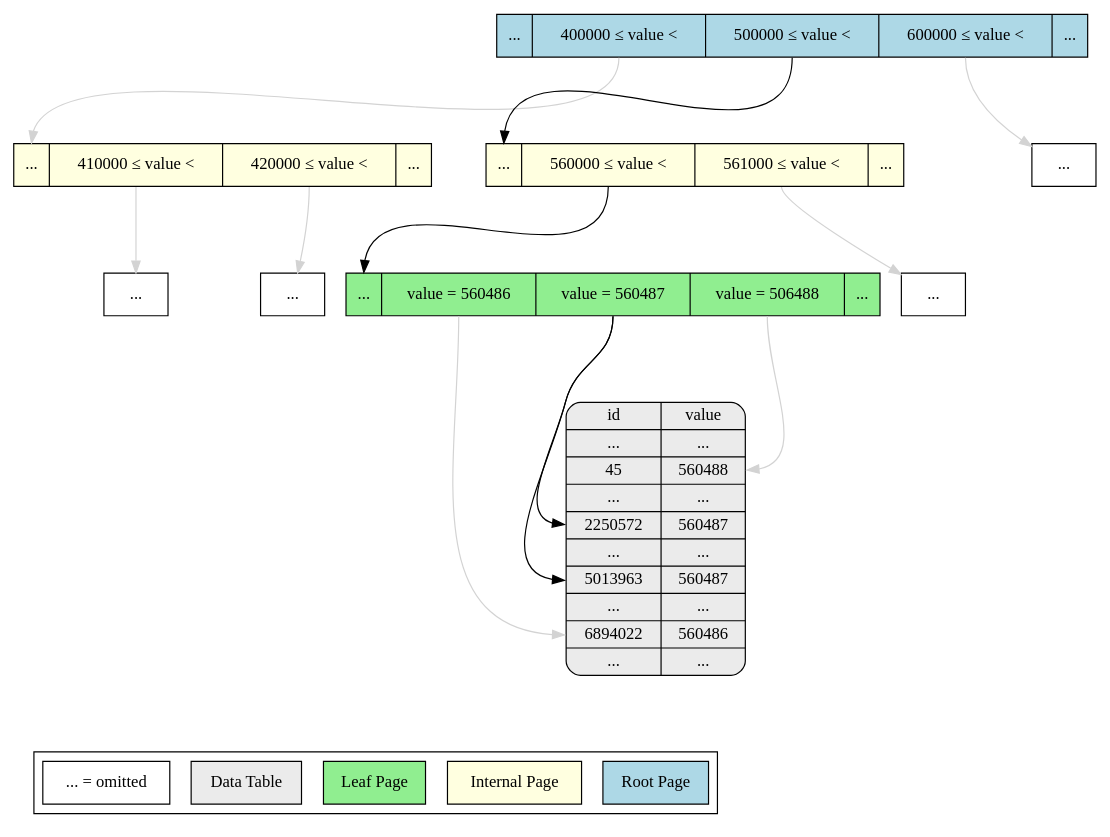
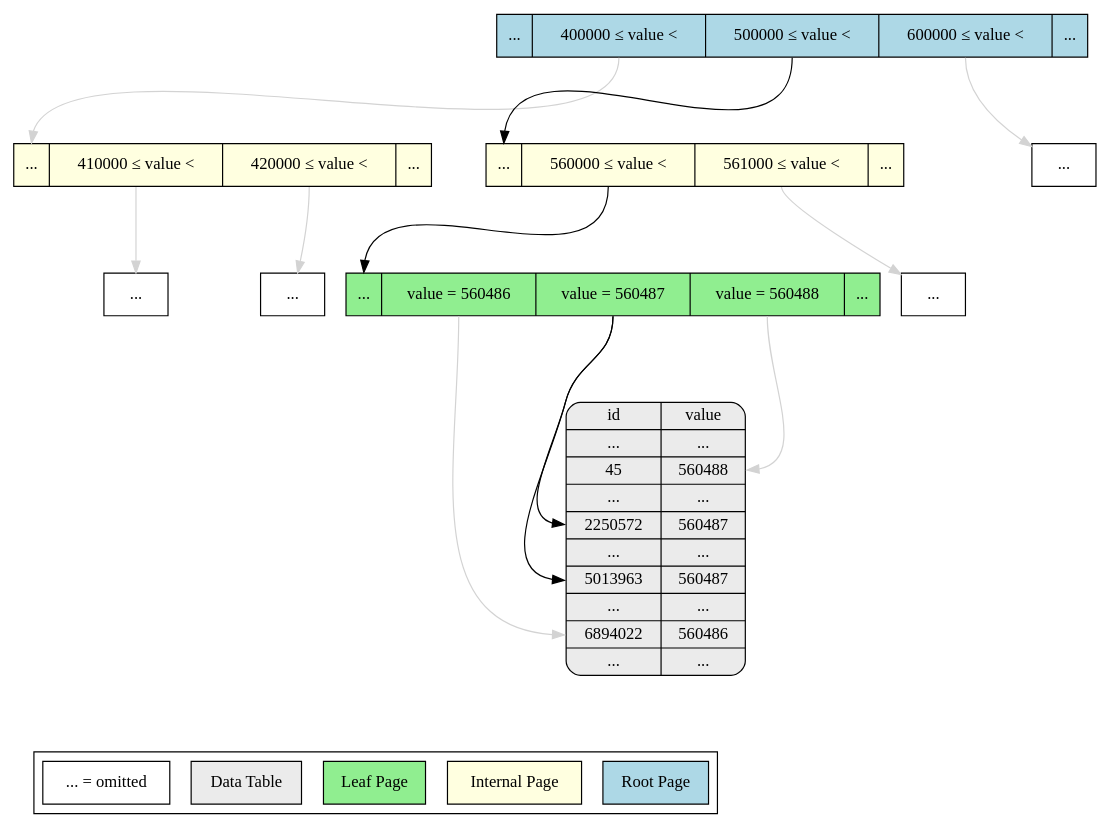
One commit to slarse/slarse.github.io changed the diagram in content/blog/Programming/postgresql/basic_indexing/btree.dot. Above: the diagram before and after it, drawn with Graphviz. The commit also changed 1 other file, not shown here.

```diff
--- a/content/blog/Programming/postgresql/basic_indexing/btree.dot
+++ b/content/blog/Programming/postgresql/basic_indexing/btree.dot
@@ -1,50 +1,50 @@
 digraph G {
   splines=spline;
   node [shape=record];
   rankdir=TB;
   ranksep=1.0;
 
   Node1 [label="... | <f0> 400000 &le; value &lt; | <f1> 500000 &le; value &lt; | <f2> 600000 &le; value &lt; | ...", fillcolor=lightblue, style=filled];
   Node2 [label="<f0> ... | <f1> 410000 &le; value &lt; | <f2> 420000 &le; value &lt; | ...", fillcolor=lightyellow, style=filled];
   Node3 [label="<f0> ... | <f1> 560000 &le; value &lt; | <f2> 561000 &le; value &lt; | ...", fillcolor=lightyellow, style=filled];
-  Node5 [label="<f0> ... | <f1> value = 560486 | <f2> value = 560487 | <f3> value = 506488 | ...", fillcolor=lightgreen, style=filled];
+  Node5 [label="<f0> ... | <f1> value = 560486 | <f2> value = 560487 | <f3> value = 560488 | ...", fillcolor=lightgreen, style=filled];
   Table [label="{ id | ... | <f0> 45 |  ... | <f2> 2250572 | ... | <f4> 5013963 | ... | <f6> 6894022 | ... } | { value | ... | <f1> 560488 |  ... | <f3> 560487 | ... | <f5> 560487 | ... | <f6> 560486 | ... }", shape=Mrecord, fillcolor=grey92, style=filled];
 
   Node1_omitted [label="..."];
   Node2_omitted_1 [label="..."];
   Node2_omitted_2 [label="..."];
   Node3_omitted [label="..."];
 
   Node1:f0 -> Node2:f0 [color=lightgray];
   Node1:f1 -> Node3:f0;
   Node1:f2 -> Node1_omitted [color=lightgray];
   Node2:f1 -> Node2_omitted_1 [color=lightgray];
   Node2:f2 -> Node2_omitted_2 [color=lightgray];
   Node3:f1 -> Node5:f0;
   Node3:f2 -> Node3_omitted [color=lightgray];
 
   Node5:f1 -> Table:f6 [color=lightgray];
   Node5:f2 -> Table:f2;
   Node5:f2 -> Table:f4;
   Node5:f3 -> Table:f1 [color=lightgray];
 
   // Invisible edges for layout adjustment
   Node1 -> Node3 [style=invis];
   Node1 -> Node5 [style=invis];
   Node1 -> Table [style=invis];
 
   subgraph cluster_legend {
     rank = "sink";
     color = black;
     node [shape=box, style=filled, label=""];
 
     labelloc="b";
     Root [label="Root Page", fillcolor=lightblue];
     Internal [label="Internal Page", fillcolor=lightyellow];
     Leaf [label="Leaf Page", fillcolor=lightgreen];
     TableNode [label="Data Table", fillcolor=grey92];
     Omitted [label="... = omitted", fillcolor=white]
   }
 
   Table -> Root [style=invis];
 }
```
